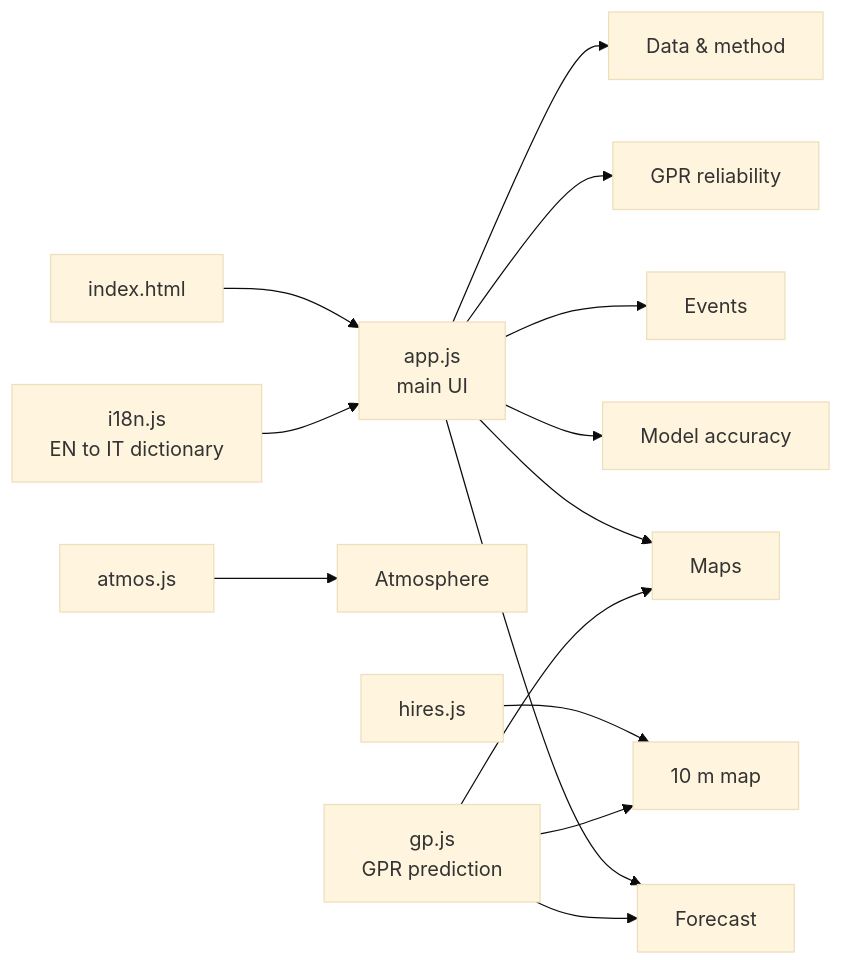
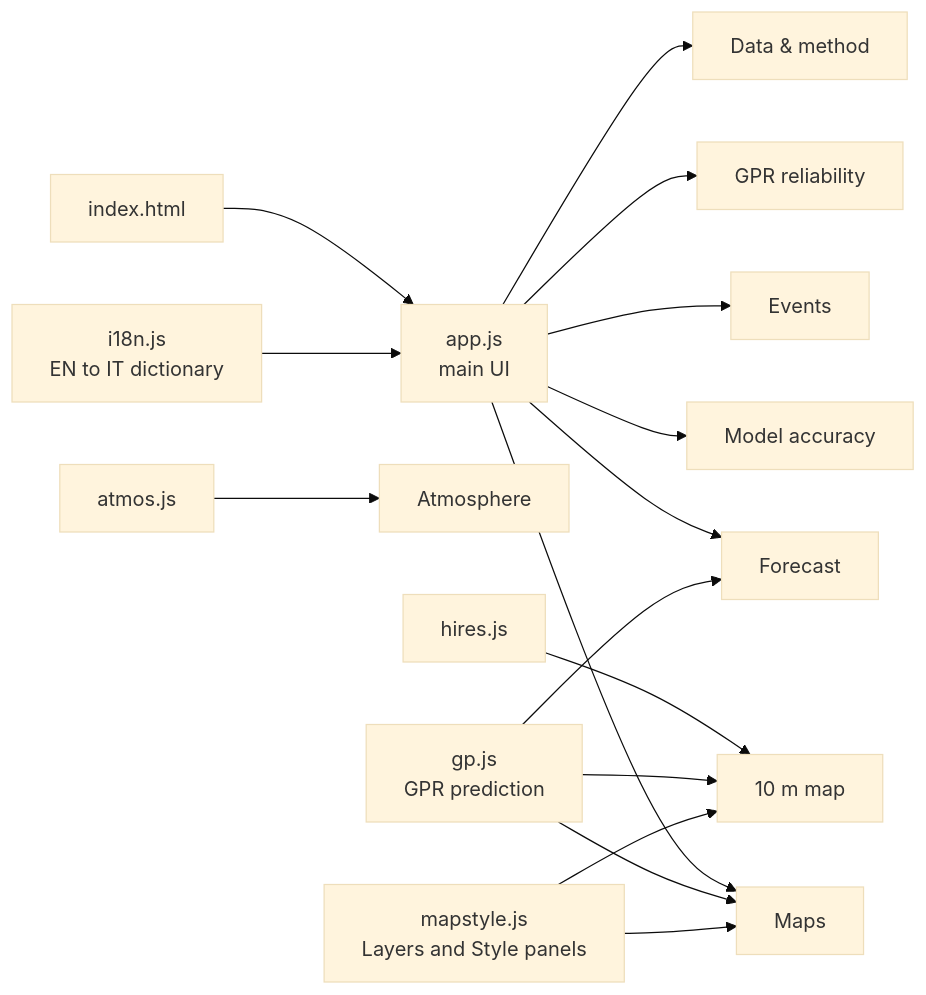
One commit to francescorossi3/prognostica changed the third of 5 diagrams in docs/HOW_IT_WORKS.md. Above: the diagram before and after it, drawn with Mermaid (base theme). The commit also changed other lines of this file and 2 other files, not shown here.

First line of the commit message:
docs, CLAUDE.md: aggiunge mapstyle.js e i pannelli delle mappe

````diff
--- a/docs/HOW_IT_WORKS.md
+++ b/docs/HOW_IT_WORKS.md
@@ -56,16 +56,18 @@
 ```mermaid
 flowchart LR
   idx[index.html] --> app[app.js<br>main UI]
   app --> F[Forecast]
   app --> M[Maps]
   app --> R[Model accuracy]
   app --> E[Events]
   app --> V[GPR reliability]
   app --> DM[Data & method]
   atm[atmos.js] --> A[Atmosphere]
   hr[hires.js] --> H[10 m map]
   gp[gp.js<br>GPR prediction] --> F
   gp --> M
   gp --> H
   i18n[i18n.js<br>EN to IT dictionary] --> app
+  ms[mapstyle.js<br>Layers and Style panels] --> M
+  ms --> H
 ```
````
